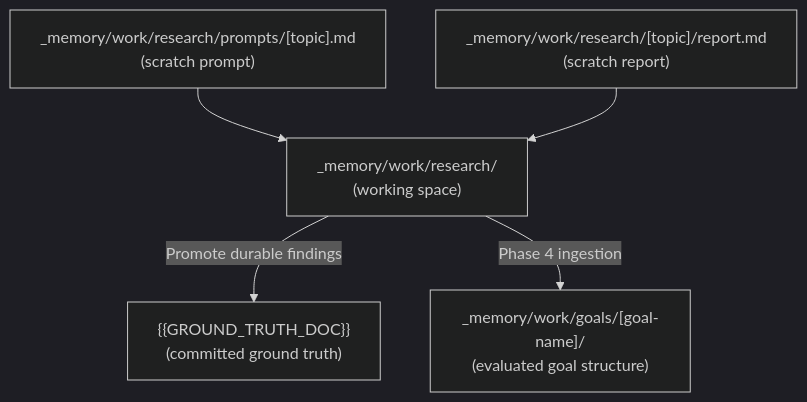
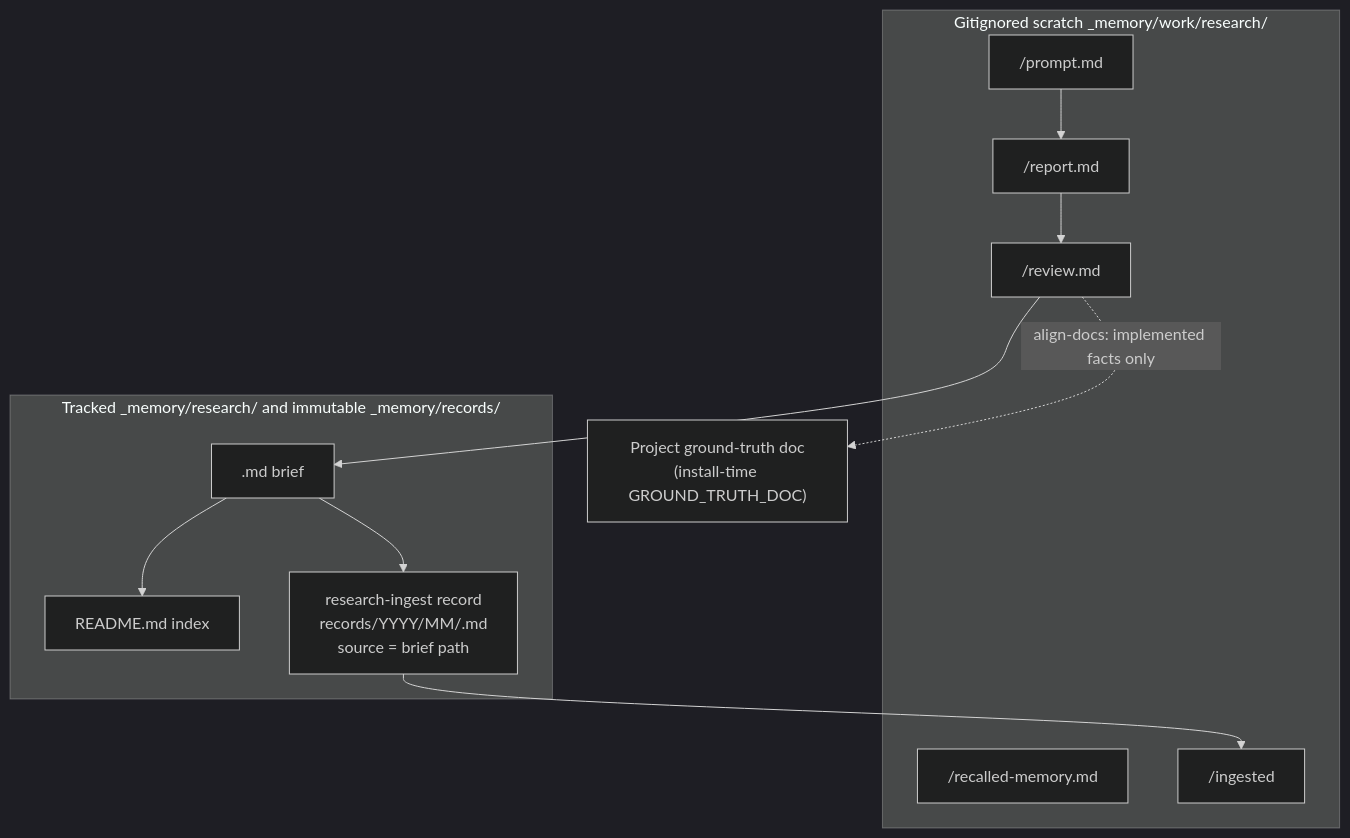
The second of 5 diagrams in docs/agent-kit/guide/research-workflow.md (kdcllc/skills), drawn with Mermaid (dark theme) before and after one commit. The commit also changed other lines of this file and 196 other files, not shown here.

First line of the commit message:
agent-kit: ship 1.0.0 docs — changelog consolidation, architecture guide, and research briefs in _memory/research/

````diff
--- a/docs/agent-kit/guide/research-workflow.md
+++ b/docs/agent-kit/guide/research-workflow.md
@@ -92,13 +101,26 @@
 ```mermaid
 flowchart TD
-    PromptPath["_memory/work/research/prompts/[topic].md\n(scratch prompt)"]
-    ReportPath["_memory/work/research/[topic]/report.md\n(scratch report)"]
-    ResearchDir["_memory/work/research/\n(working space)"]
-    GroundTruth["{{GROUND_TRUTH_DOC}}\n(committed ground truth)"]
-    Goals["_memory/work/goals/[goal-name]/\n(evaluated goal structure)"]
+    subgraph Scratch["Gitignored scratch _memory/work/research/"]
+        PromptFile["<topic>/prompt.md"]
+        ReportFile["<topic>/report.md"]
+        RecalledFile["<topic>/recalled-memory.md"]
+        ReviewFile["<topic>/review.md"]
+        IngestedMarker["<topic>/ingested"]
+    end
 
-    PromptPath --> ResearchDir
-    ReportPath --> ResearchDir
-    ResearchDir -->|"Promote durable findings"| GroundTruth
-    ResearchDir -->|"Phase 4 ingestion"| Goals
+    subgraph Tracked["Tracked _memory/research/ and immutable _memory/records/"]
+        BriefFile["<topic>.md brief"]
+        IndexFile["README.md index"]
+        IngestRecord["research-ingest record\nrecords/YYYY/MM/<id>.md\nsource = brief path"]
+    end
+
+    GroundTruth["Project ground-truth doc\n(install-time GROUND_TRUTH_DOC)"]
+
+    PromptFile --> ReportFile
+    ReportFile --> ReviewFile
+    ReviewFile --> BriefFile
+    BriefFile --> IndexFile
+    BriefFile --> IngestRecord
+    IngestRecord --> IngestedMarker
+    ReviewFile -.->|"align-docs: implemented facts only"| GroundTruth
 ```
````
